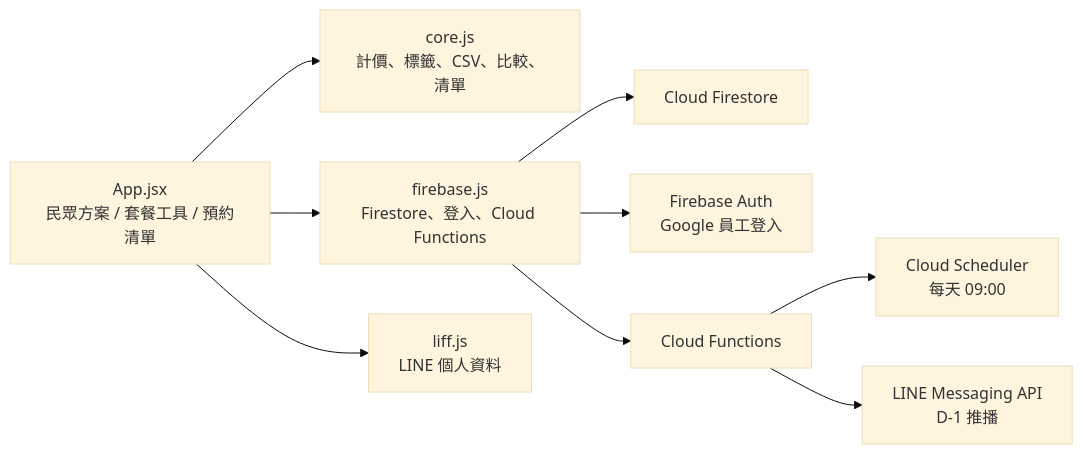
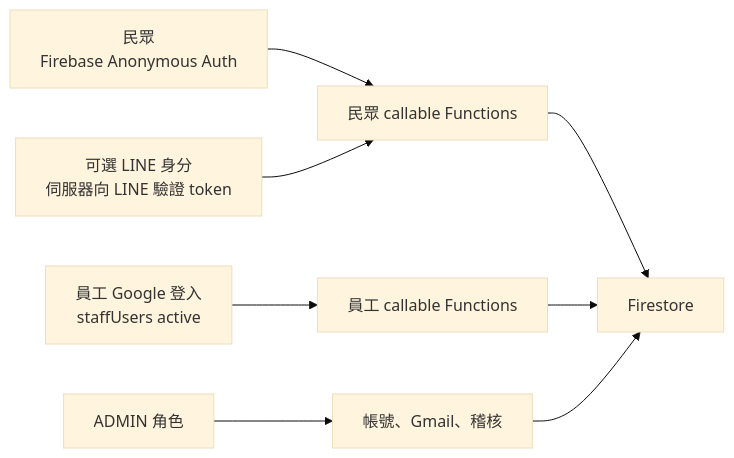
One commit to lhm0323-git/channel_activity_customer changed the fourth of 7 diagrams in docs/CAC_ARCHITECTURE.md. Above: the diagram before and after it, drawn with Mermaid (base theme). The commit also changed other lines of this file and 14 other files, not shown here.

````diff
--- a/docs/CAC_ARCHITECTURE.md
+++ b/docs/CAC_ARCHITECTURE.md
@@ -75,12 +94,10 @@
 ```mermaid
 flowchart LR
-  UI["App.jsx\n民眾方案 / 套餐工具 / 預約清單"] --> Core["core.js\n計價、標籤、CSV、比較、清單"]
-  UI --> Firebase["firebase.js\nFirestore、登入、Cloud Functions"]
-  UI --> Liff["liff.js\nLINE 個人資料"]
-
-  Firebase --> DB["Cloud Firestore"]
-  Firebase --> Auth["Firebase Auth\nGoogle 員工登入"]
-  Firebase --> Fn["Cloud Functions"]
-  Fn --> Scheduler["Cloud Scheduler\n每天 09:00"]
-  Fn --> LINE["LINE Messaging API\nD-1 推播"]
+  Customer["民眾<br/>Firebase Anonymous Auth"] --> PublicFn["民眾 callable Functions"]
+  LineUser["可選 LINE 身分<br/>伺服器向 LINE 驗證 token"] --> PublicFn
+  Staff["員工 Google 登入<br/>staffUsers active"] --> StaffFn["員工 callable Functions"]
+  Admin["ADMIN 角色"] --> AdminFn["帳號、Gmail、稽核"]
+  PublicFn --> DB["Firestore"]
+  StaffFn --> DB
+  AdminFn --> DB
 ```
````
